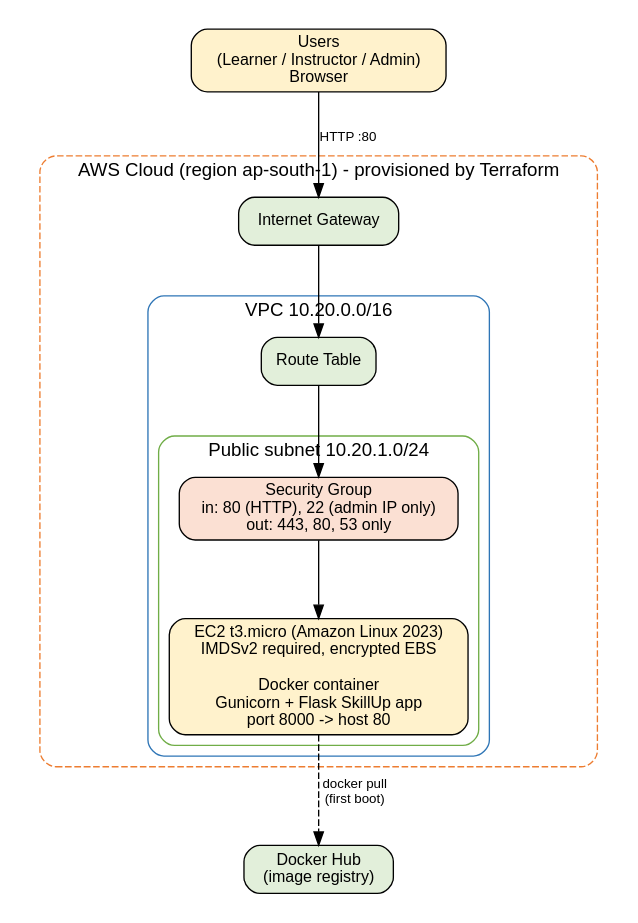
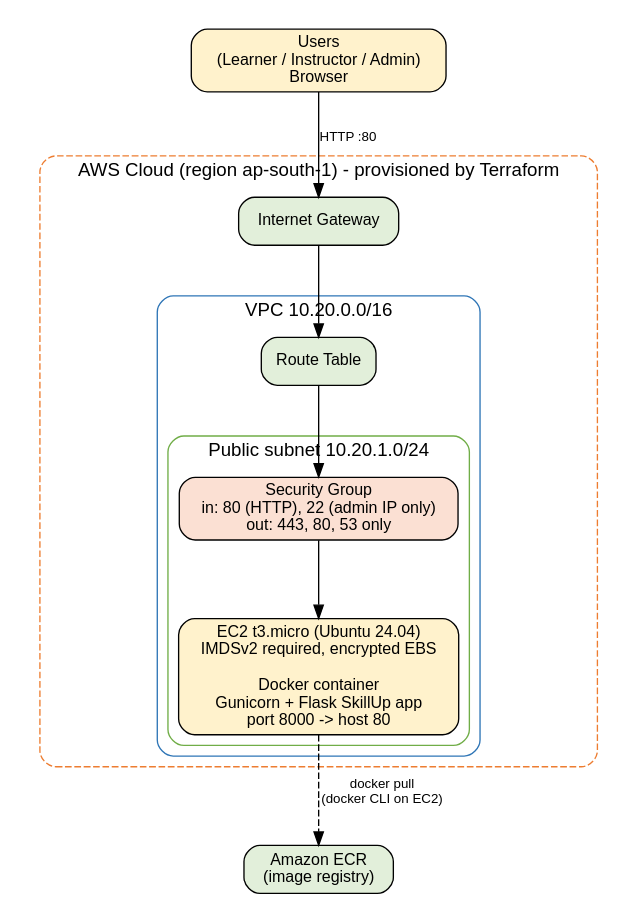
One commit to neel-pasad/skillup-devsec changed the diagram in docs/diagrams/arch.dot. Above: the diagram before and after it, drawn with Graphviz. The commit also changed 3 other files, not shown here.

Commit message:
Update diagrams for ECR and Ubuntu EC2

```diff
--- a/docs/diagrams/arch.dot
+++ b/docs/diagrams/arch.dot
@@ -1,14 +1,14 @@
 digraph G { rankdir=TB; graph [fontname="Helvetica", pad=0.2, nodesep=0.5, ranksep=0.8, compound=true]; node [fontname="Helvetica", fontsize=12, shape=box, style="rounded,filled", fillcolor="#DDEBF7"]; edge [fontname="Helvetica", fontsize=10];
  U [label="Users\n(Learner / Instructor / Admin)\nBrowser", shape=box, fillcolor="#FFF2CC"];
  subgraph cluster_aws { label="AWS Cloud (region ap-south-1) - provisioned by Terraform"; style="rounded,dashed"; color="#ED7D31"; fontname="Helvetica";
   IGW [label="Internet Gateway", fillcolor="#E2EFDA"];
   subgraph cluster_vpc { label="VPC 10.20.0.0/16"; style=rounded; color="#2E75B6";
    RT [label="Route Table", fillcolor="#E2EFDA"];
    subgraph cluster_sub { label="Public subnet 10.20.1.0/24"; style=rounded; color="#70AD47";
     SG [label="Security Group\nin: 80 (HTTP), 22 (admin IP only)\nout: 443, 80, 53 only", fillcolor="#FBE0D3"];
-    EC2 [label="EC2 t3.micro (Amazon Linux 2023)\nIMDSv2 required, encrypted EBS\n\nDocker container\nGunicorn + Flask SkillUp app\nport 8000 -> host 80", fillcolor="#FFF2CC"]; }
+    EC2 [label="EC2 t3.micro (Ubuntu 24.04)\nIMDSv2 required, encrypted EBS\n\nDocker container\nGunicorn + Flask SkillUp app\nport 8000 -> host 80", fillcolor="#FFF2CC"]; }
   } }
- DH [label="Docker Hub\n(image registry)", fillcolor="#E2EFDA"];
+ DH [label="Amazon ECR\n(image registry)", fillcolor="#E2EFDA"];
  U -> IGW [label="HTTP :80"]; IGW -> RT -> SG -> EC2;
- EC2 -> DH [label="docker pull\n(first boot)", style=dashed];
+ EC2 -> DH [label="docker pull\n(docker CLI on EC2)", style=dashed];
 }
```
